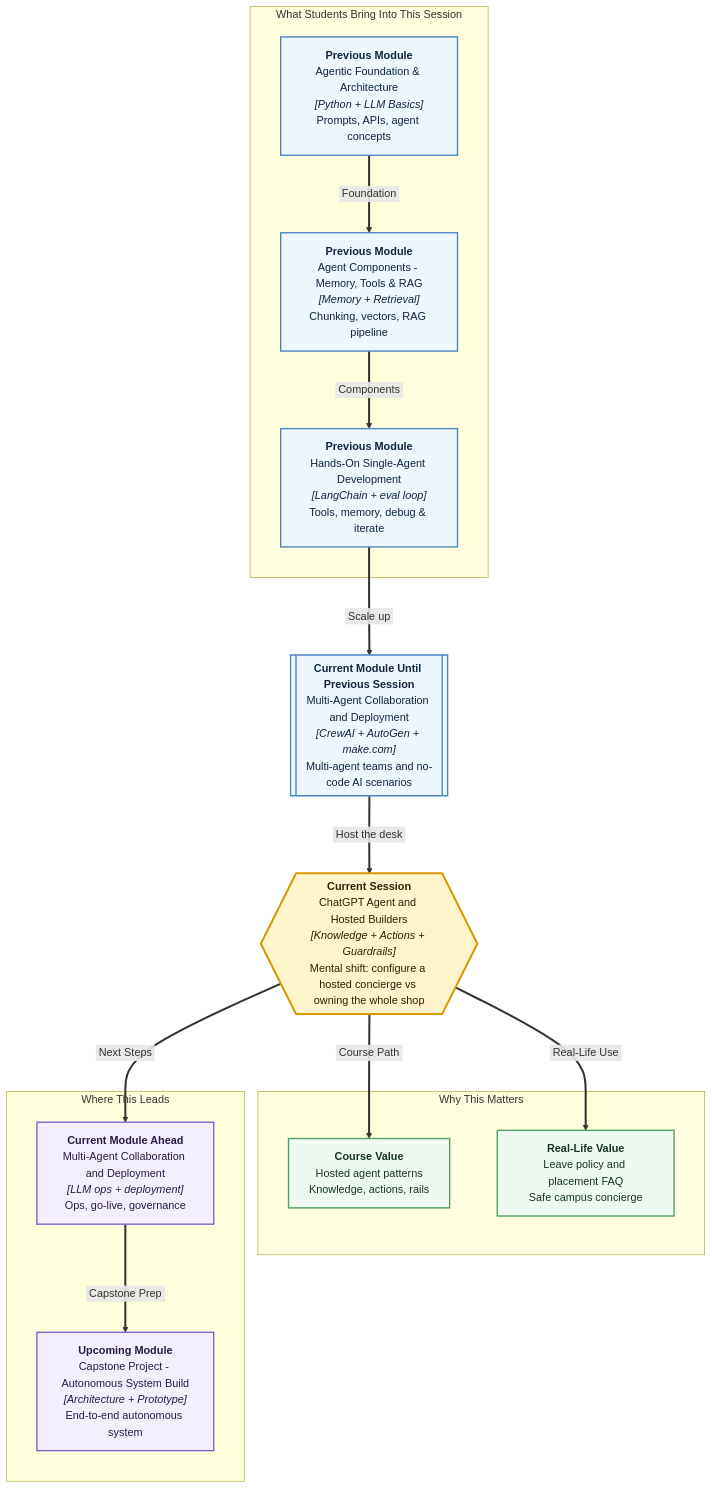
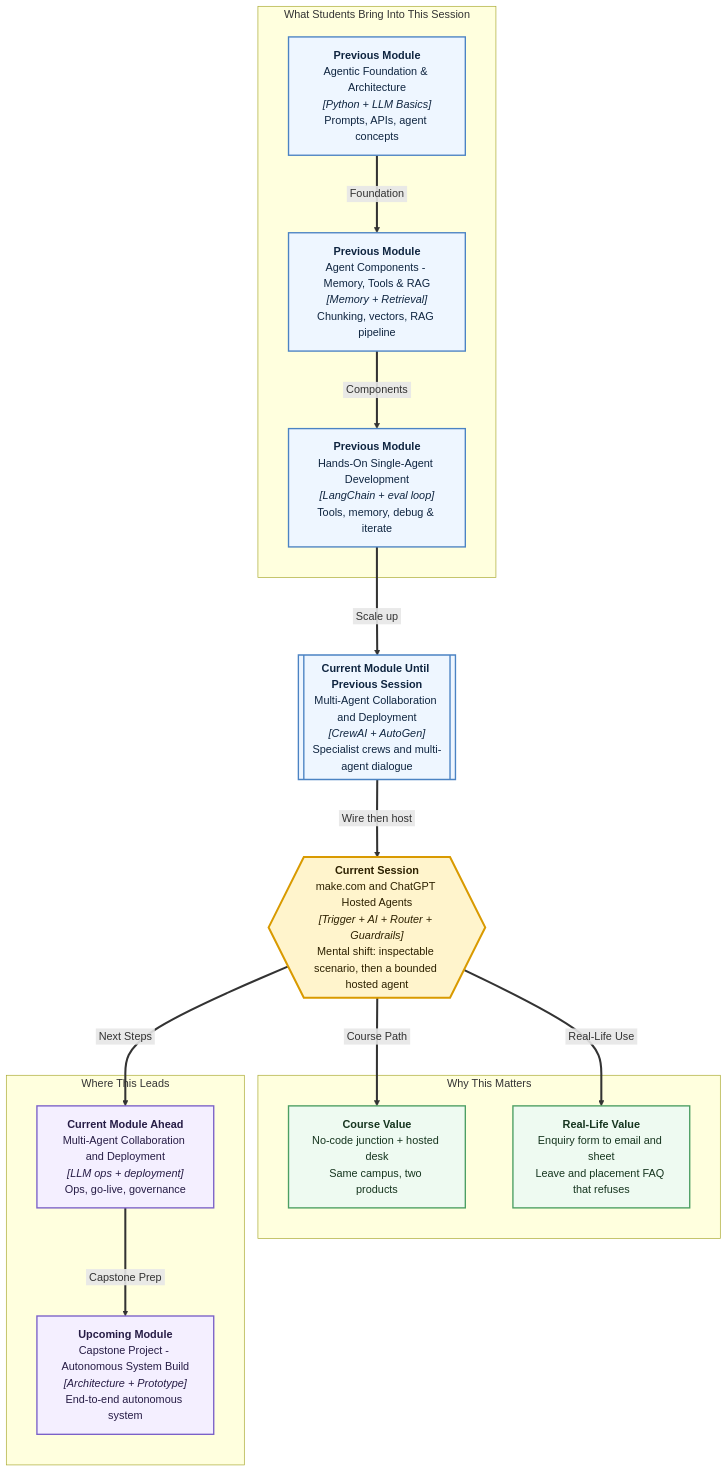
The diagram in iitr-as-260313/Module 4/Session45/Mental Map.md (ABVenu/IIT_Sessions_Content), drawn with Mermaid before and after one commit. The commit also changed 21 other files, not shown here.

````diff
--- a/iitr-as-260313/Module 4/Session45/Mental Map.md
+++ b/iitr-as-260313/Module 4/Session45/Mental Map.md
@@ -1,43 +1,43 @@
 ```mermaid
 %%{init: {"flowchart": {"nodeSpacing": 70, "rankSpacing": 90, "diagramPadding": 24}} }%%
 flowchart TB
   subgraph Foundation["What Students Bring Into This Session"]
     M1["<b>Previous Module</b><br/>Agentic Foundation & Architecture<br/><i>[Python + LLM Basics]</i><br/>Prompts, APIs, agent concepts"]
     M2["<b>Previous Module</b><br/>Agent Components - Memory, Tools & RAG<br/><i>[Memory + Retrieval]</i><br/>Chunking, vectors, RAG pipeline"]
     M3["<b>Previous Module</b><br/>Hands-On Single-Agent Development<br/><i>[LangChain + eval loop]</i><br/>Tools, memory, debug & iterate"]
   end
 
-  CM[["<b>Current Module Until Previous Session</b><br/>Multi-Agent Collaboration and Deployment<br/><i>[CrewAI + AutoGen + make.com]</i><br/>Multi-agent teams and no-code AI scenarios"]]
+  CM[["<b>Current Module Until Previous Session</b><br/>Multi-Agent Collaboration and Deployment<br/><i>[CrewAI + AutoGen]</i><br/>Specialist crews and multi-agent dialogue"]]
 
-  CS{{"<b>Current Session</b><br/>ChatGPT Agent and Hosted Builders<br/><i>[Knowledge + Actions + Guardrails]</i><br/>Mental shift: configure a hosted concierge vs owning the whole shop"}}
+  CS{{"<b>Current Session</b><br/>make.com and ChatGPT Hosted Agents<br/><i>[Trigger + AI + Router + Guardrails]</i><br/>Mental shift: inspectable scenario, then a bounded hosted agent"}}
 
   subgraph Value["Why This Matters"]
-    CV["<b>Course Value</b><br/>Hosted agent patterns<br/>Knowledge, actions, rails"]
-    RV["<b>Real-Life Value</b><br/>Leave policy and placement FAQ<br/>Safe campus concierge"]
+    CV["<b>Course Value</b><br/>No-code junction + hosted desk<br/>Same campus, two products"]
+    RV["<b>Real-Life Value</b><br/>Enquiry form to email and sheet<br/>Leave and placement FAQ that refuses"]
   end
 
   subgraph Future["Where This Leads"]
     F4["<b>Current Module Ahead</b><br/>Multi-Agent Collaboration and Deployment<br/><i>[LLM ops + deployment]</i><br/>Ops, go-live, governance"]
     F5["<b>Upcoming Module</b><br/>Capstone Project - Autonomous System Build<br/><i>[Architecture + Prototype]</i><br/>End-to-end autonomous system"]
   end
 
   M1 ==>|&nbsp;Foundation&nbsp;| M2
   M2 ==>|&nbsp;Components&nbsp;| M3
   M3 ==>|&nbsp;Scale up&nbsp;| CM
-  CM ==>|&nbsp;Host the desk&nbsp;| CS
+  CM ==>|&nbsp;Wire then host&nbsp;| CS
   CS ==>|&nbsp;Course Path&nbsp;| CV
   CS ==>|&nbsp;Real-Life Use&nbsp;| RV
   CS ==>|&nbsp;Next Steps&nbsp;| F4
   F4 ==>|&nbsp;Capstone Prep&nbsp;| F5
 
   classDef previous fill:#eef6ff,stroke:#4b83c3,stroke-width:2px,color:#0f2540;
   classDef current fill:#fff4cc,stroke:#d99a00,stroke-width:3px,color:#2d2100;
   classDef value fill:#eefaf1,stroke:#4c9f63,stroke-width:2px,color:#16351f;
   classDef future fill:#f4efff,stroke:#7b61c8,stroke-width:2px,color:#261c45;
 
   class M1,M2,M3,CM previous;
   class CS current;
   class CV,RV value;
   class F4,F5 future;
   linkStyle default stroke-width:3px;
 ```
````
